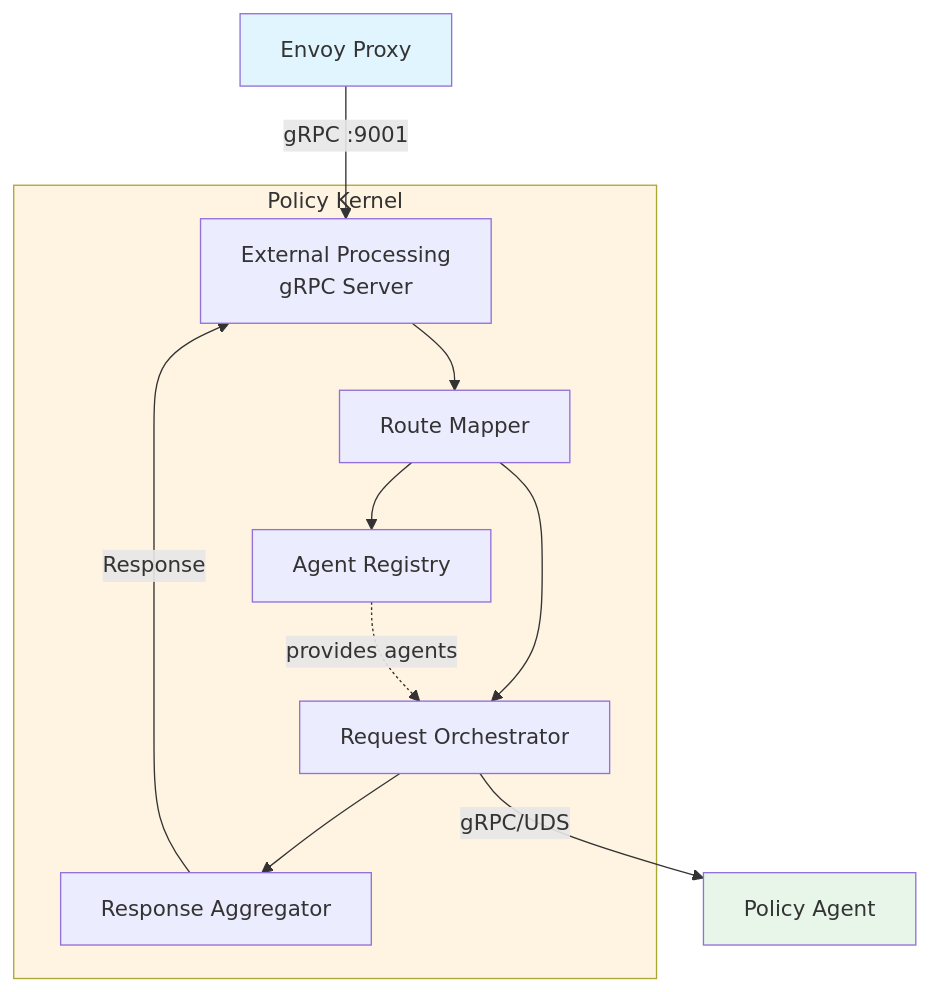
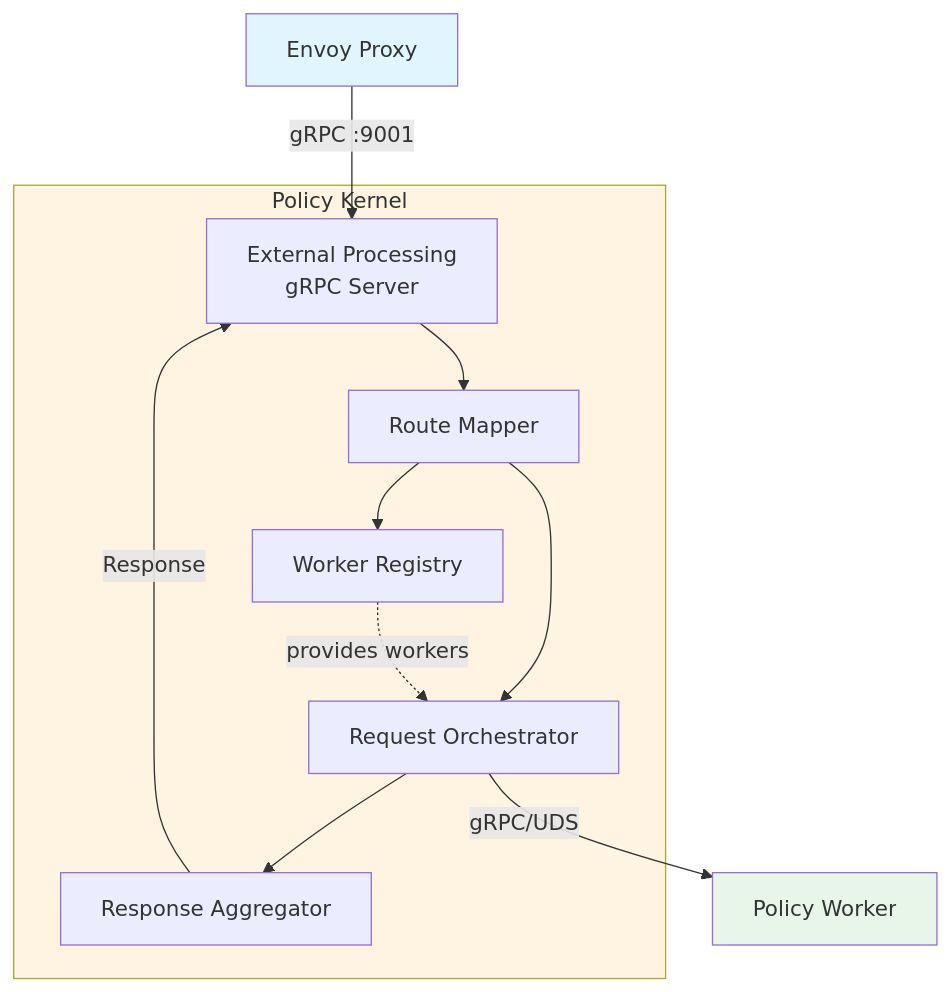
The first of 7 diagrams in policy-kernel/SPEC.md (renuka-fernando/envoy-policy-engine), drawn with Mermaid before and after one commit. The commit also changed other lines of this file and 5 other files, not shown here.

Commit message:
Rename agent to worker

````diff
--- a/policy-kernel/SPEC.md
+++ b/policy-kernel/SPEC.md
@@ -17,24 +17,24 @@
 ```mermaid
 graph TB
     subgraph Kernel["Policy Kernel"]
         EP[External Processing<br/>gRPC Server]
         Router[Route Mapper]
-        AgentReg[Agent Registry]
+        WorkerReg[Worker Registry]
         Orchestrator[Request Orchestrator]
         Aggregator[Response Aggregator]
 
         EP --> Router
-        Router --> AgentReg
+        Router --> WorkerReg
         Router --> Orchestrator
         Orchestrator --> Aggregator
-        AgentReg -.provides agents.-> Orchestrator
+        WorkerReg -.provides workers.-> Orchestrator
     end
 
     Envoy[Envoy Proxy] -->|gRPC :9001| EP
-    Orchestrator -->|gRPC/UDS| Agent[Policy Agent]
+    Orchestrator -->|gRPC/UDS| Worker[Policy Worker]
     Aggregator -->|Response| EP
 
     style Kernel fill:#fff4e1
     style Envoy fill:#e1f5ff
-    style Agent fill:#e8f5e9
+    style Worker fill:#e8f5e9
 ```
````
